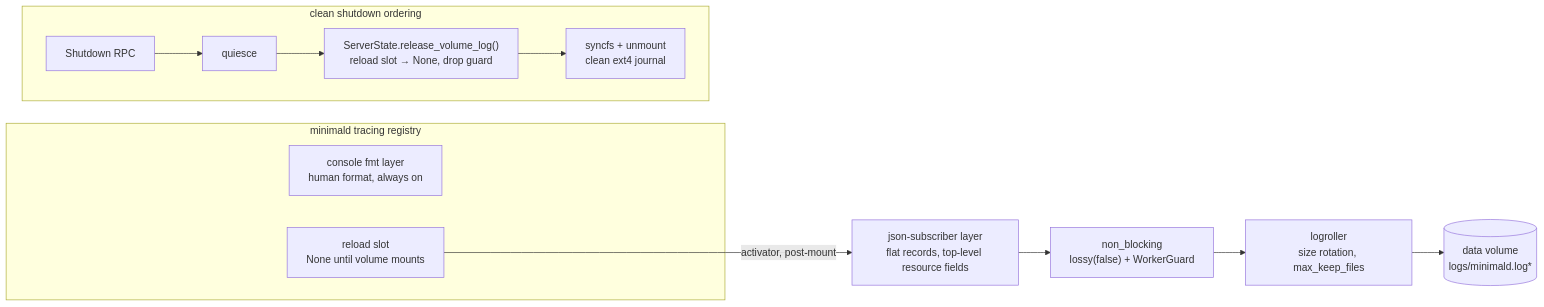
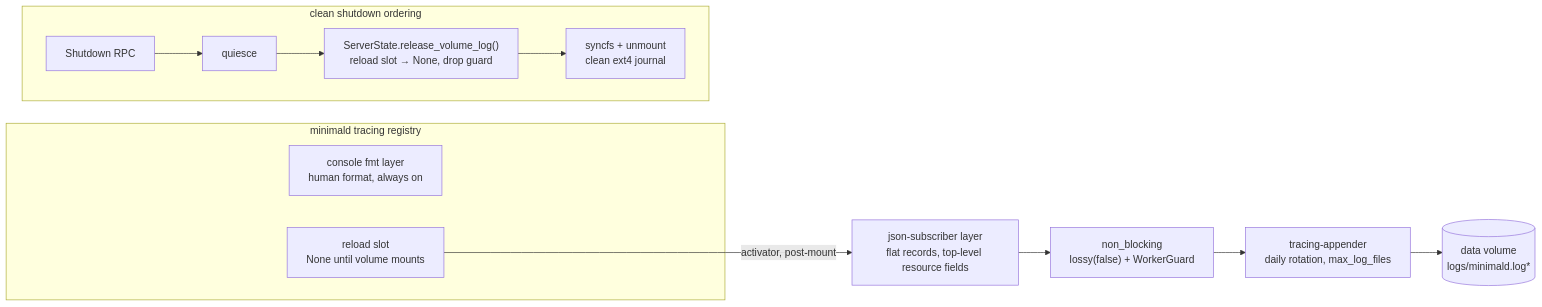
Before and after one commit to gominimal/minimal: the third of 4 diagrams in docs/specs/10-spec-diagnostics/architecture.md, drawn with Mermaid. The commit also changed other lines of this file and 1 other file, not shown here.

First line of the commit message:
docs(specs): revert rotation decision to tracing-appender daily

````diff
--- a/docs/specs/10-spec-diagnostics/architecture.md
+++ b/docs/specs/10-spec-diagnostics/architecture.md
@@ -131,18 +131,18 @@
 ```mermaid
 flowchart LR
     subgraph REG["minimald tracing registry"]
         CONS["console fmt layer<br/>human format, always on"]
         RELOAD["reload slot<br/>None until volume mounts"]
     end
     JSON["json-subscriber layer<br/>flat records, top-level resource fields"]
     NB["non_blocking<br/>lossy(false) + WorkerGuard"]
-    ROLL["logroller<br/>size rotation, max_keep_files"]
+    ROLL["tracing-appender<br/>daily rotation, max_log_files"]
     VOL[("data volume<br/>logs/minimald.log*")]
 
     RELOAD -->|"activator, post-mount"| JSON --> NB --> ROLL --> VOL
 
     subgraph SHUTDOWN["clean shutdown ordering"]
         direction LR
         S1["Shutdown RPC"] --> S2["quiesce"] --> S3["ServerState.release_volume_log()<br/>reload slot → None, drop guard"] --> S4["syncfs + unmount<br/>clean ext4 journal"]
     end
 ```
````
